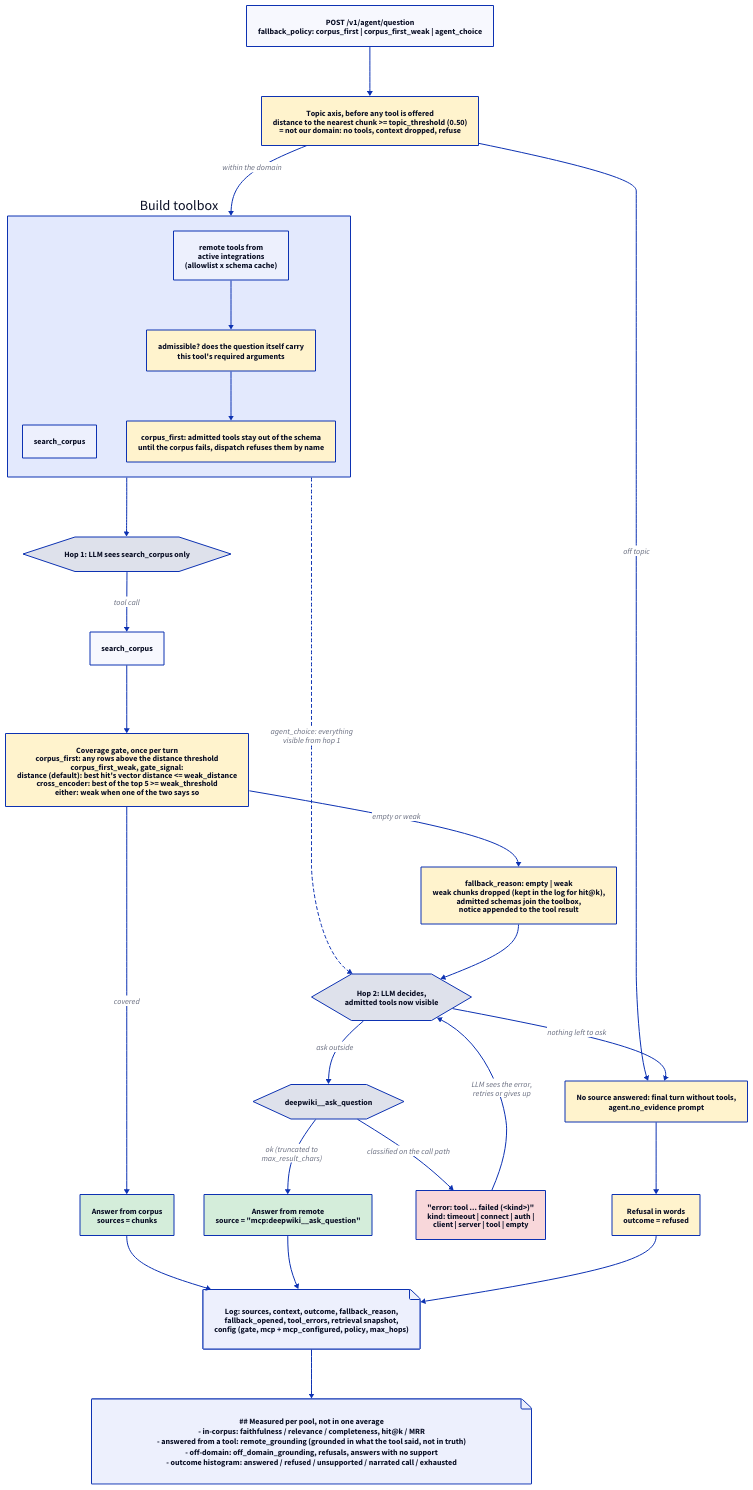
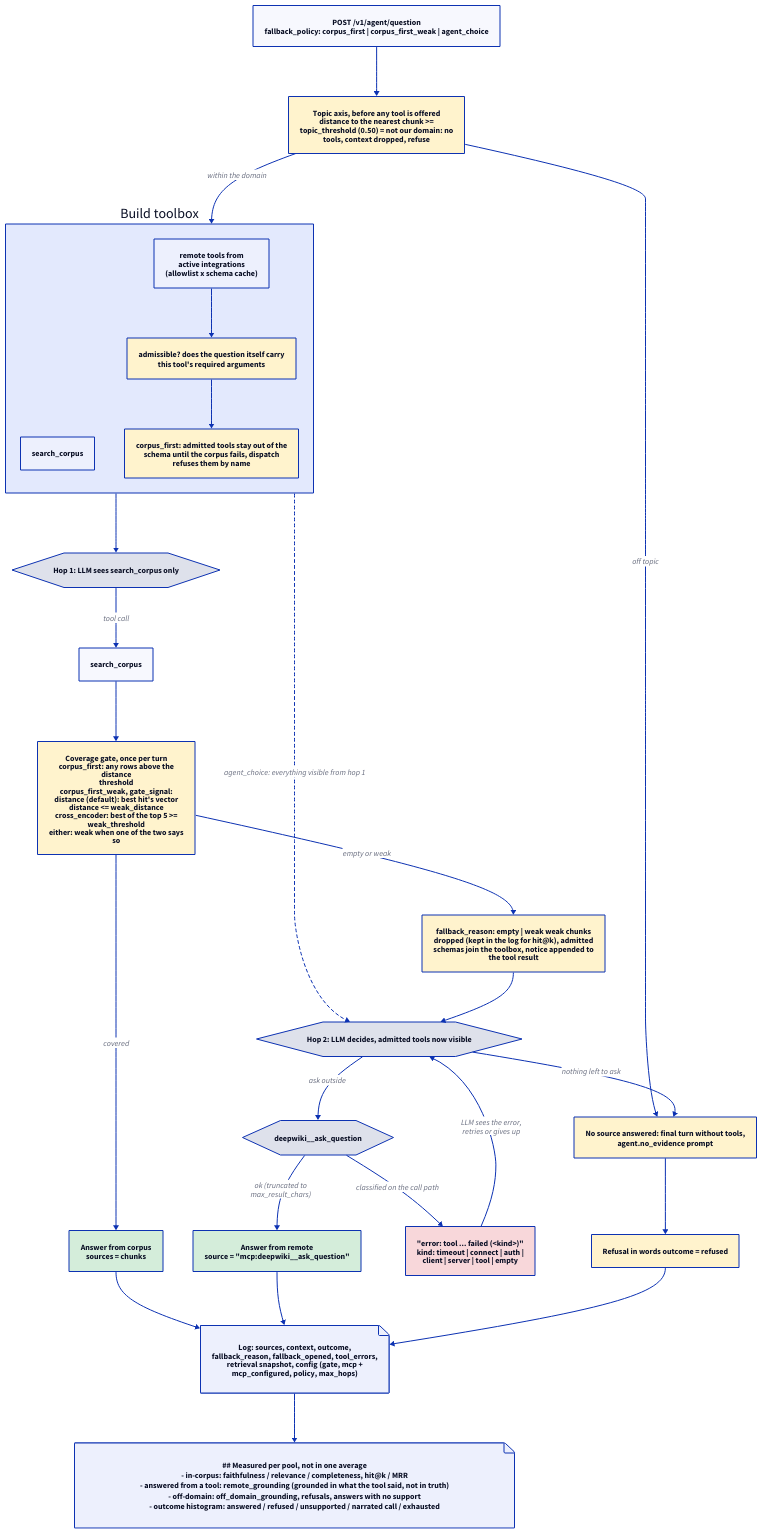
One commit to rikitikitav1/rag-lab changed the diagram in docs/diagrams/agent_flow.d2. Above: the diagram before and after it, drawn with D2. The commit also changed 14 other files, not shown here.

First line of the commit message:
Wrap diagram labels by word and stop notes from floating

```diff
--- a/docs/diagrams/agent_flow.d2
+++ b/docs/diagrams/agent_flow.d2
@@ -1,83 +1,83 @@
 direction: down
 
 q: POST /v1/agent/question\nfallback_policy: corpus_first | corpus_first_weak | agent_choice
-topic: "Topic axis, before any tool is offered\ndistance to the nearest chunk >= topic_threshold (0.50)\n= not our domain: no tools, context dropped, refuse" {
+topic: "Topic axis, before any tool is offered\ndistance to the nearest chunk >=\ntopic_threshold (0.50) = not our domain: no\ntools, context dropped, refuse" {
   style.fill: "#fff3cd"
 }
 toolbox: Build toolbox {
   static: search_corpus
   remote: remote tools from\nactive integrations\n(allowlist x schema cache)
   admit: "admissible? does the question itself carry\nthis tool's required arguments" {
     style.fill: "#fff3cd"
   }
-  withheld: "corpus_first: admitted tools stay out of the schema\nuntil the corpus fails, dispatch refuses them by name" {
+  withheld: "corpus_first: admitted tools stay out of the\nschema until the corpus fails, dispatch\nrefuses them by name" {
     style.fill: "#fff3cd"
   }
   remote -> admit -> withheld
 }
 hop1: "Hop 1: LLM sees search_corpus only" {
   shape: hexagon
 }
 search: search_corpus
-gate: "Coverage gate, once per turn\ncorpus_first: any rows above the distance threshold\ncorpus_first_weak, gate_signal:\ndistance (default): best hit's vector distance <= weak_distance\ncross_encoder: best of the top 5 >= weak_threshold\neither: weak when one of the two says so" {
+gate: "Coverage gate, once per turn\ncorpus_first: any rows above the\ndistance\nthreshold\ncorpus_first_weak, gate_signal:\ndistance (default): best hit's vector\ndistance <= weak_distance\ncross_encoder: best of the top 5 >=\nweak_threshold\neither: weak when one of the two says\nso" {
   style.fill: "#fff3cd"
 }
 answer_corpus: Answer from corpus\nsources = chunks {
   style.fill: "#d4edda"
 }
-open: "fallback_reason: empty | weak\nweak chunks dropped (kept in the log for hit@k),\nadmitted schemas join the toolbox,\nnotice appended to the tool result" {
+open: "fallback_reason: empty | weak weak chunks\ndropped (kept in the log for hit@k), admitted\nschemas join the toolbox, notice appended to\nthe tool result" {
   style.fill: "#fff3cd"
 }
-hop2: "Hop 2: LLM decides,\nadmitted tools now visible" {
+hop2: "Hop 2: LLM decides, admitted tools now visible" {
   shape: hexagon
 }
 remote_call: "deepwiki__ask_question" {
   shape: hexagon
 }
 remote_ok: Answer from remote\nsource = "mcp:deepwiki__ask_question" {
   style.fill: "#d4edda"
 }
 remote_err: "\"error: tool ... failed (<kind>)\"\nkind: timeout | connect | auth |\nclient | server | tool | empty" {
   style.fill: "#f8d7da"
 }
 no_evidence: "No source answered: final turn without tools,\nagent.no_evidence prompt" {
   style.fill: "#fff3cd"
 }
-refuse: "Refusal in words\noutcome = refused" {
+refuse: "Refusal in words outcome = refused" {
   style.fill: "#fff3cd"
 }
-log: "Log: sources, context, outcome, fallback_reason,\nfallback_opened, tool_errors, retrieval snapshot,\nconfig (gate, mcp + mcp_configured, policy, max_hops)" {
+log: "Log: sources, context, outcome,\nfallback_reason, fallback_opened, tool_errors,\nretrieval snapshot, config (gate, mcp +\nmcp_configured, policy, max_hops)" {
   shape: page
 }
 metrics: |md
   ## Measured per pool, not in one average
   - in-corpus: faithfulness / relevance / completeness, hit@k / MRR
   - answered from a tool: remote_grounding (grounded in what the tool said, not in truth)
   - off-domain: off_domain_grounding, refusals, answers with no support
   - outcome histogram: answered / refused / unsupported / narrated call / exhausted
 | {
   shape: page
 }
 
 q -> topic
 topic -> toolbox: within the domain
 topic -> no_evidence: off topic
 toolbox -> hop1
-toolbox -> hop2: "agent_choice: everything\nvisible from hop 1" {
+toolbox -> hop2: "agent_choice: everything visible from hop 1" {
   style.stroke-dash: 3
 }
 hop1 -> search: tool call
 search -> gate
 gate -> answer_corpus: covered
 gate -> open: empty or weak
 open -> hop2
 hop2 -> remote_call: ask outside
 hop2 -> no_evidence: nothing left to ask
 remote_call -> remote_ok: ok (truncated to\nmax_result_chars)
 remote_call -> remote_err: classified on the call path
 remote_err -> hop2: LLM sees the error,\nretries or gives up
 no_evidence -> refuse
 answer_corpus -> log
 remote_ok -> log
 refuse -> log
 log -> metrics
```
